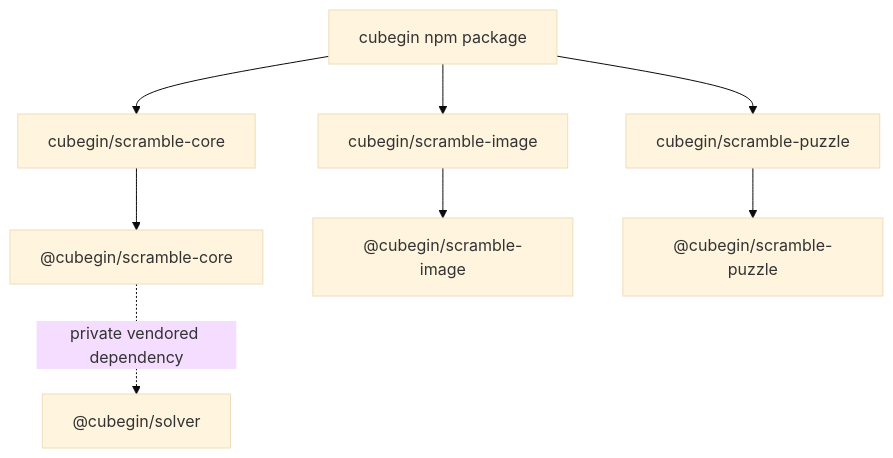
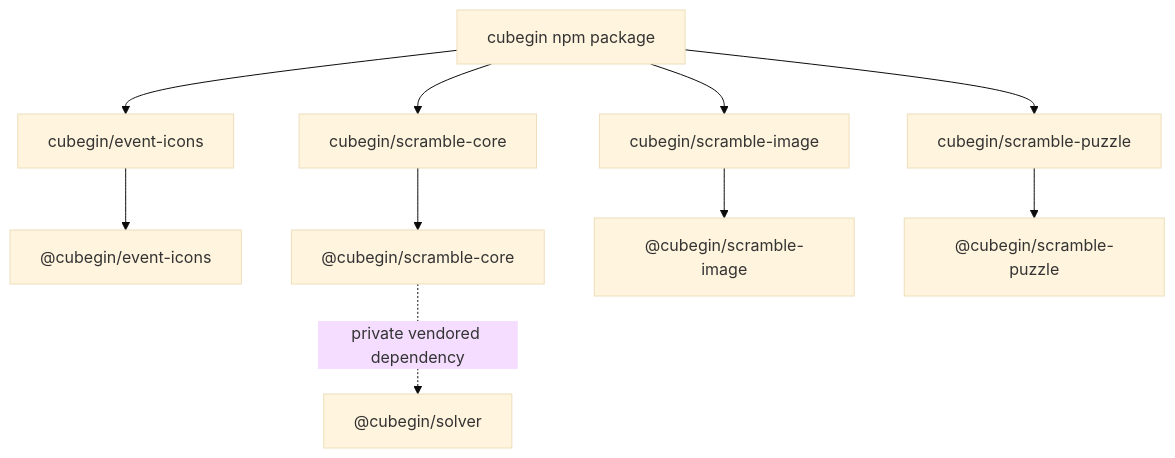
One commit to deweyou/cube-kit changed the diagram in docs/packages/core/index.md. Above: the diagram before and after it, drawn with Mermaid (base theme). The commit also changed other lines of this file and 37 other files, not shown here.

Commit message:
feat: add WCA event icons

````diff
--- a/docs/packages/core/index.md
+++ b/docs/packages/core/index.md
@@ -3,10 +3,12 @@
 ```mermaid
 flowchart TD
     Core["cubegin npm package"] --> ScrambleCore["cubegin/scramble-core"]
     Core --> ScrambleImage["cubegin/scramble-image"]
     Core --> ScramblePuzzle["cubegin/scramble-puzzle"]
+    Core --> EventIcons["cubegin/event-icons"]
+    EventIcons --> EventIconsPkg["@cubegin/event-icons"]
     ScrambleCore --> CorePkg["@cubegin/scramble-core"]
     ScrambleImage --> ImagePkg["@cubegin/scramble-image"]
     ScramblePuzzle --> PuzzlePkg["@cubegin/scramble-puzzle"]
     CorePkg -. private vendored dependency .-> SolverPkg["@cubegin/solver"]
 ```
````
